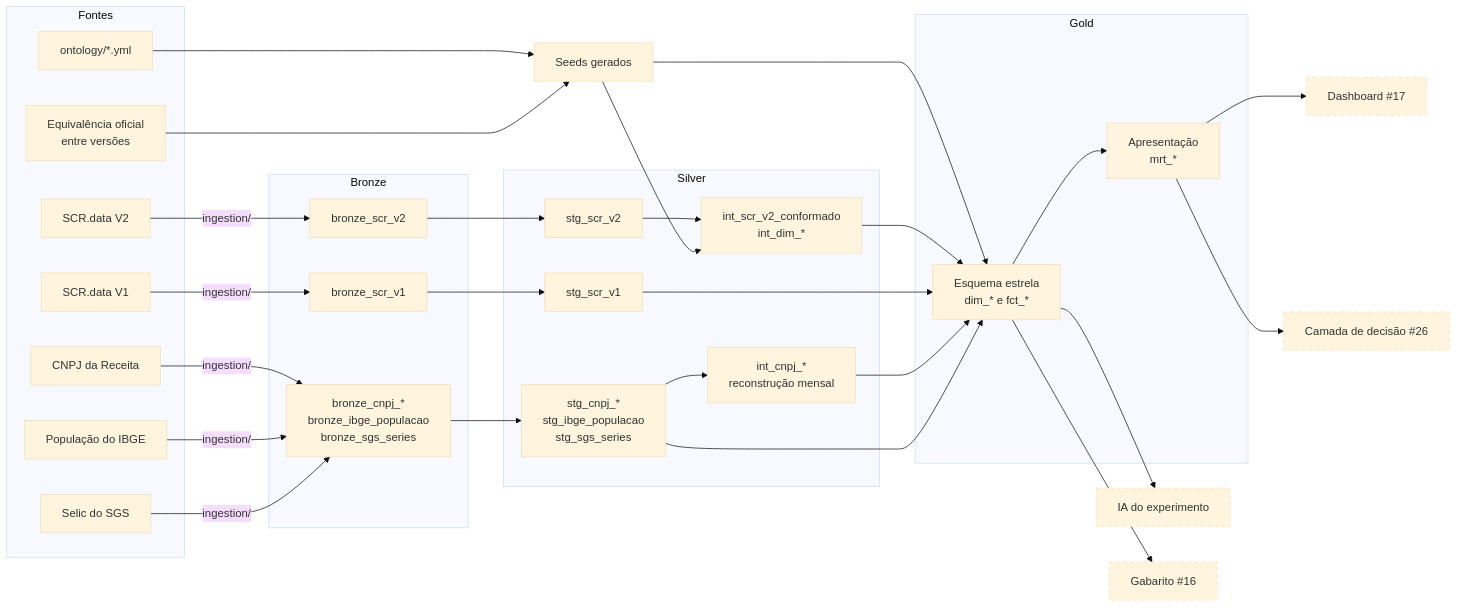
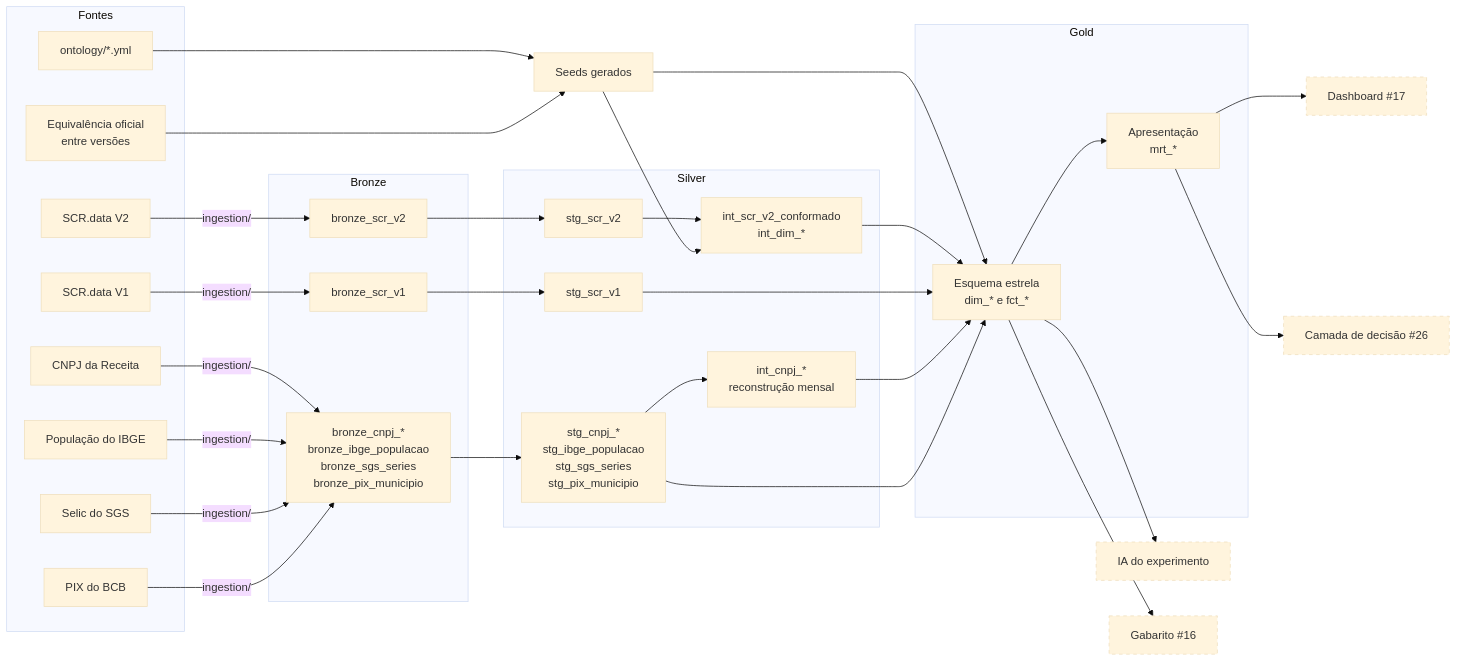
Before and after one commit to RCHRDYv/bcb-credito-governanca: the diagram in README.md, drawn with Mermaid (base theme). The commit also changed other lines of this file and 3 other files, not shown here.

First line of the commit message:
ADR 0011, especificacao, README e diagramas do PIX

````diff
--- a/README.md
+++ b/README.md
@@ -69,53 +69,54 @@
 ```mermaid
 flowchart LR
     subgraph fontes["Fontes"]
         v2["SCR.data V2"]
         v1["SCR.data V1"]
         onto["ontology/*.yml"]
         equiv["Equivalência oficial<br/>entre versões"]
         cnpj["CNPJ da Receita"]
         ibge["População do IBGE"]
         sgs["Selic do SGS"]
+        pix["PIX do BCB"]
     end
 
     subgraph bronze["Bronze"]
         b2["bronze_scr_v2"]
         b1["bronze_scr_v1"]
-        bext["bronze_cnpj_*<br/>bronze_ibge_populacao<br/>bronze_sgs_series"]
+        bext["bronze_cnpj_*<br/>bronze_ibge_populacao<br/>bronze_sgs_series<br/>bronze_pix_municipio"]
     end
 
     seeds["Seeds gerados"]
 
     subgraph silver["Silver"]
         s2["stg_scr_v2"]
         s1["stg_scr_v1"]
         conf["int_scr_v2_conformado<br/>int_dim_*"]
-        sext["stg_cnpj_*<br/>stg_ibge_populacao<br/>stg_sgs_series"]
+        sext["stg_cnpj_*<br/>stg_ibge_populacao<br/>stg_sgs_series<br/>stg_pix_municipio"]
         rec["int_cnpj_*<br/>reconstrução mensal"]
     end
 
     subgraph gold["Gold"]
         estrela["Esquema estrela<br/>dim_* e fct_*"]
         apres["Apresentação<br/>mrt_*"]
     end
 
     ia["IA do experimento"]
     gab["Gabarito #16"]
     dash["Dashboard #17"]
     dec["Camada de decisão #26"]
 
     v2 -- "ingestion/" --> b2 --> s2 --> conf
     v1 -- "ingestion/" --> b1 --> s1
     onto & equiv --> seeds --> conf
     seeds --> estrela
     conf --> estrela
     s1 --> estrela
-    cnpj & ibge & sgs -- "ingestion/" --> bext --> sext --> rec --> estrela
+    cnpj & ibge & sgs & pix -- "ingestion/" --> bext --> sext --> rec --> estrela
     sext --> estrela
     estrela --> apres
     estrela --> ia & gab
     apres --> dash & dec
 
     classDef planejado stroke-dasharray: 5 5
     class ia,gab,dash,dec planejado
 ```
````
